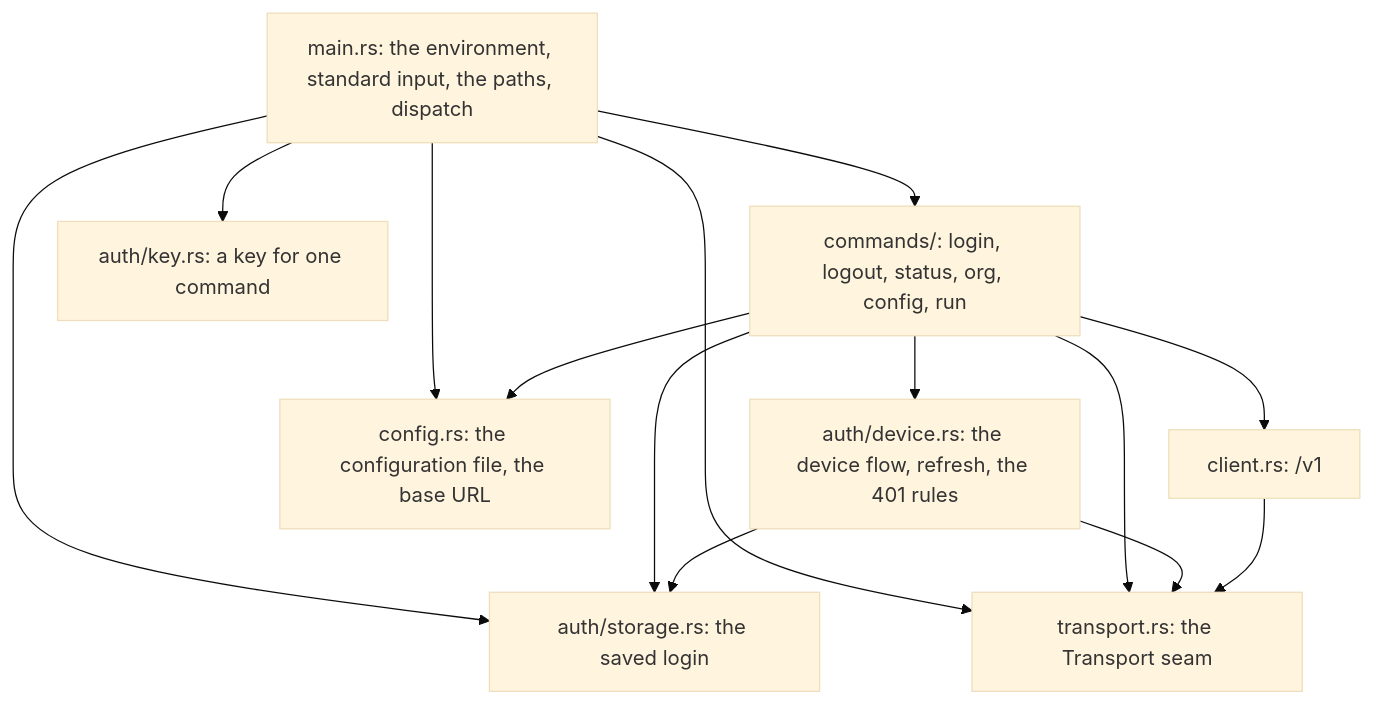
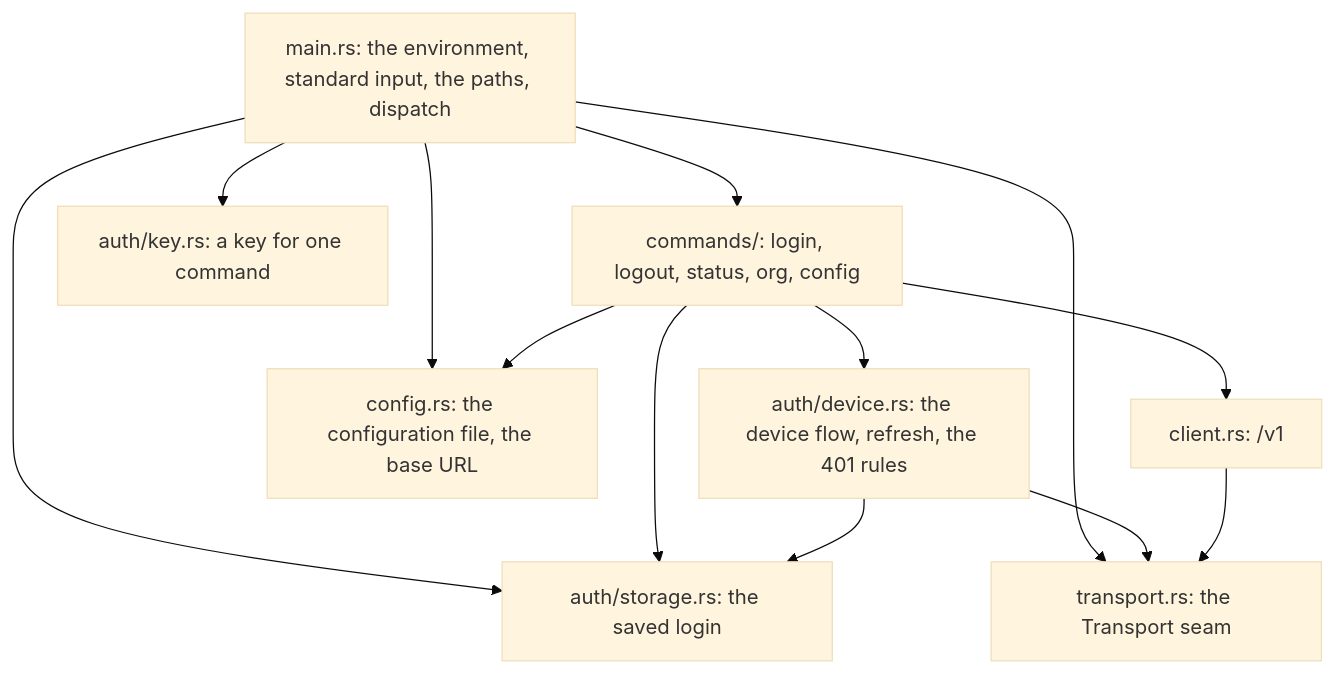
One commit to telmoni/telmoni-cli changed the second of 2 diagrams in ARCHITECTURE.md. Above: the diagram before and after it, drawn with Mermaid (base theme). The commit also changed other lines of this file and 9 other files, not shown here.

````diff
--- a/ARCHITECTURE.md
+++ b/ARCHITECTURE.md
@@ -113,24 +108,23 @@
 ```mermaid
 flowchart TB
   Main["main.rs: the environment, standard input, the paths, dispatch"]
-  Cmds["commands/: login, logout, status, org, config, run"]
+  Cmds["commands/: login, logout, status, org, config"]
   Device["auth/device.rs: the device flow, refresh, the 401 rules"]
   Key["auth/key.rs: a key for one command"]
   Store["auth/storage.rs: the saved login"]
   Config["config.rs: the configuration file, the base URL"]
   V1["client.rs: /v1"]
   T["transport.rs: the Transport seam"]
   Main --> Cmds
   Main --> Key
   Main --> Store
   Main --> Config
   Main --> T
   Cmds --> Device
   Cmds --> Store
   Cmds --> Config
   Cmds --> V1
-  Cmds --> T
   Device --> Store
   Device --> T
   V1 --> T
 ```
````
